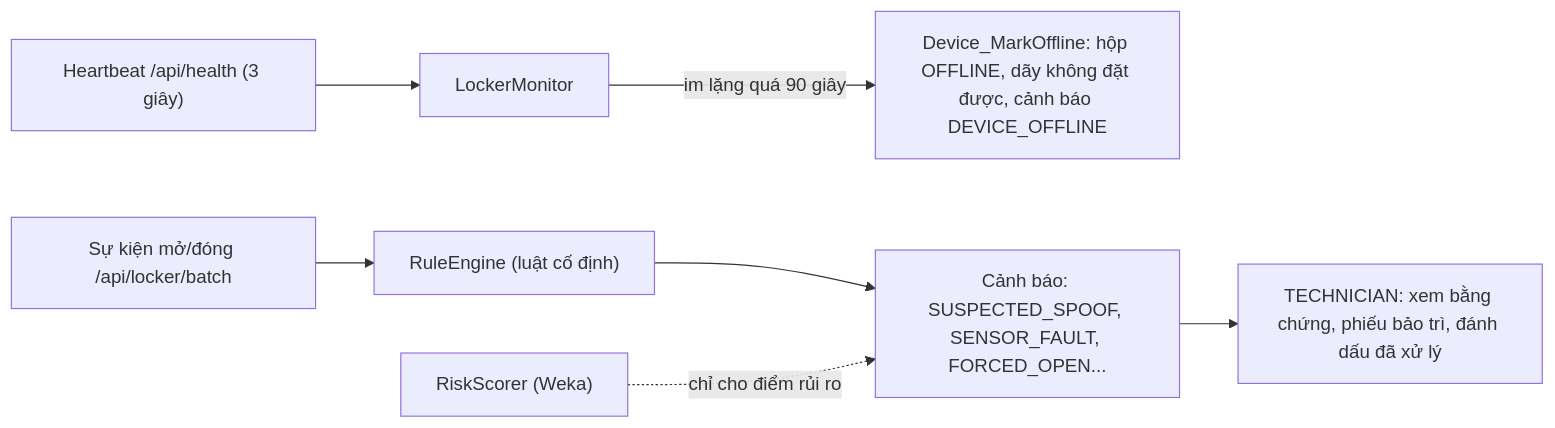
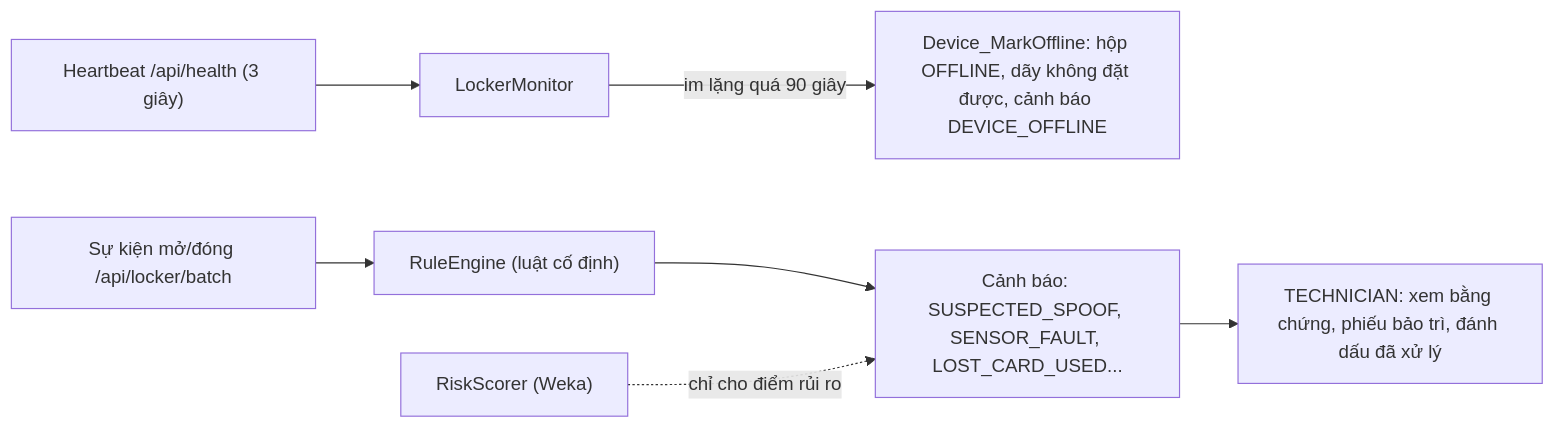
The third of 4 diagrams in README.md (HoangDuc1003/SmartLocker), drawn with Mermaid before and after one commit. The commit also changed other lines of this file and 58 other files, not shown here.

````diff
--- a/README.md
+++ b/README.md
@@ -361,9 +362,9 @@
 ```mermaid
 flowchart LR
     HB["Heartbeat /api/health (3 giây)"] --> LM["LockerMonitor"]
     LM -->|"im lặng quá 90 giây"| OFF["Device_MarkOffline: hộp OFFLINE, dãy không đặt được, cảnh báo DEVICE_OFFLINE"]
     EV["Sự kiện mở/đóng /api/locker/batch"] --> RE["RuleEngine (luật cố định)"]
-    RE --> AL["Cảnh báo: SUSPECTED_SPOOF, SENSOR_FAULT, FORCED_OPEN..."]
+    RE --> AL["Cảnh báo: SUSPECTED_SPOOF, SENSOR_FAULT, LOST_CARD_USED..."]
     RS["RiskScorer (Weka)"] -.->|"chỉ cho điểm rủi ro"| AL
     AL --> T["TECHNICIAN: xem bằng chứng, phiếu bảo trì, đánh dấu đã xử lý"]
 ```
````
